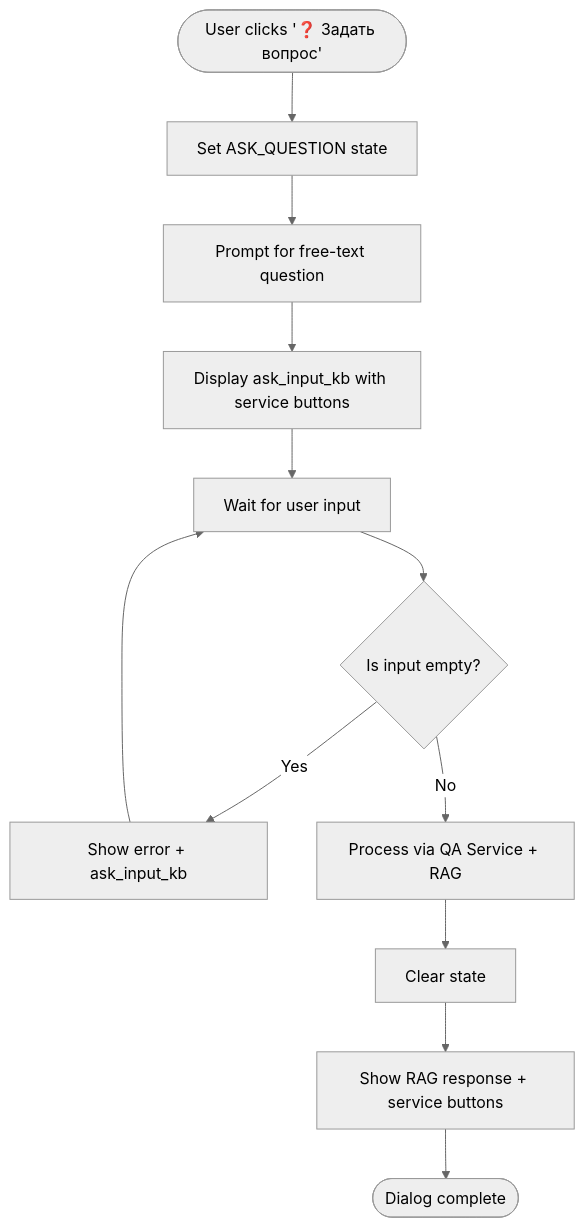
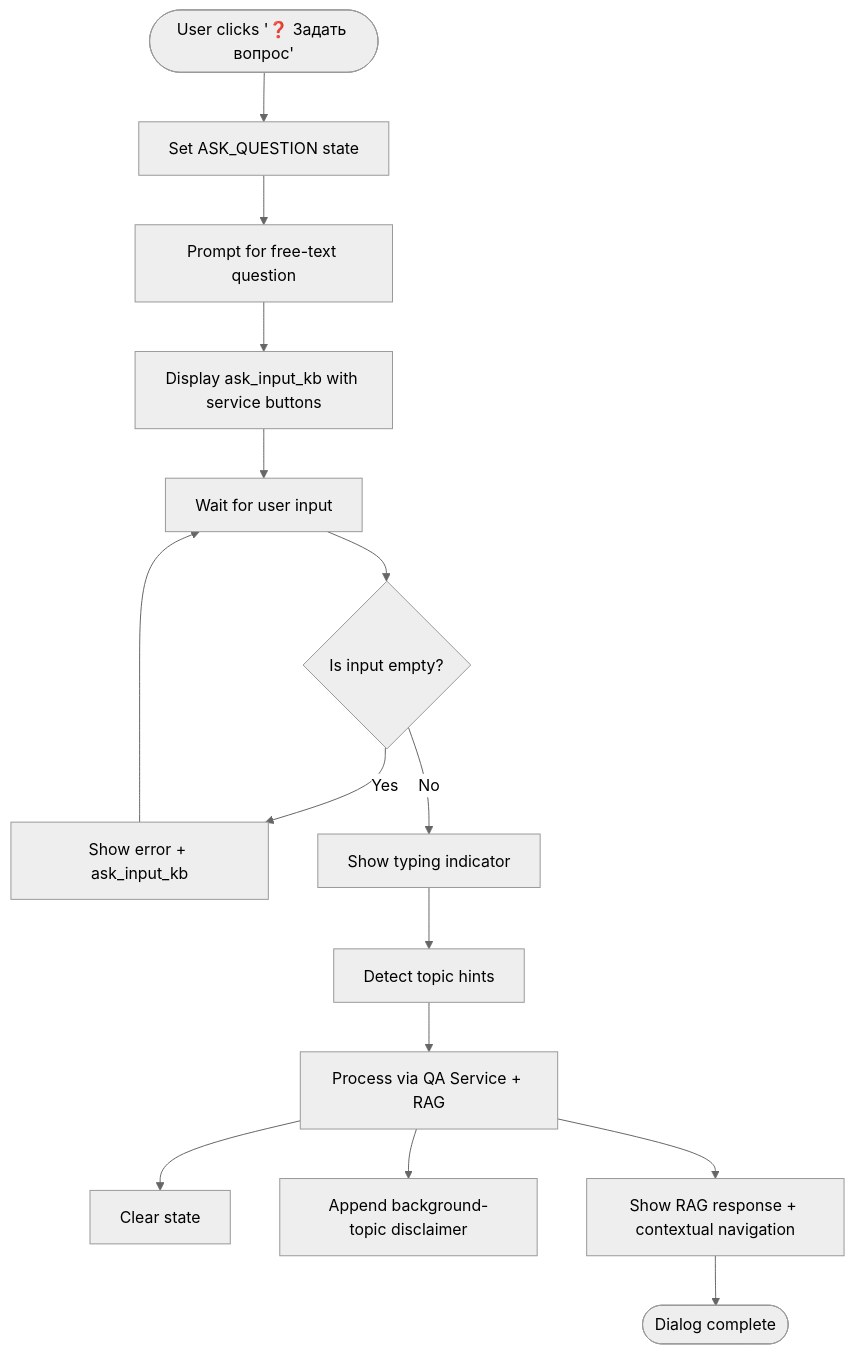
The third of 12 diagrams in .qoder/repowiki/en/content/RAG Integration.md (ognelis/cafetera_hr_bot), drawn with Mermaid (neutral theme) before and after one commit. The commit also changed other lines of this file and 10 other files, not shown here.

````diff
--- a/.qoder/repowiki/en/content/RAG Integration.md
+++ b/.qoder/repowiki/en/content/RAG Integration.md
@@ -185,14 +216,17 @@
 ```mermaid
 flowchart TD
 Start(["User clicks '❓ Задать вопрос'"]) --> SetState["Set ASK_QUESTION state"]
 SetState --> Prompt["Prompt for free-text question"]
 Prompt --> ShowKB["Display ask_input_kb with service buttons"]
 ShowKB --> WaitInput["Wait for user input"]
 WaitInput --> Validate{"Is input empty?"}
 Validate --> |Yes| ShowError["Show error + ask_input_kb"]
 ShowError --> WaitInput
-Validate --> |No| ProcessQuestion["Process via QA Service + RAG"]
+Validate --> |No| ShowTyping["Show typing indicator"]
+ShowTyping --> DetectTopic["Detect topic hints"]
+DetectTopic --> ProcessQuestion["Process via QA Service + RAG"]
 ProcessQuestion --> ClearState["Clear state"]
-ClearState --> ShowResponse["Show RAG response + service buttons"]
+ProcessQuestion --> AppendDisclaimer["Append background-topic disclaimer"]
+ProcessQuestion --> ShowResponse["Show RAG response + contextual navigation"]
 ShowResponse --> End(["Dialog complete"])
 ```
````
